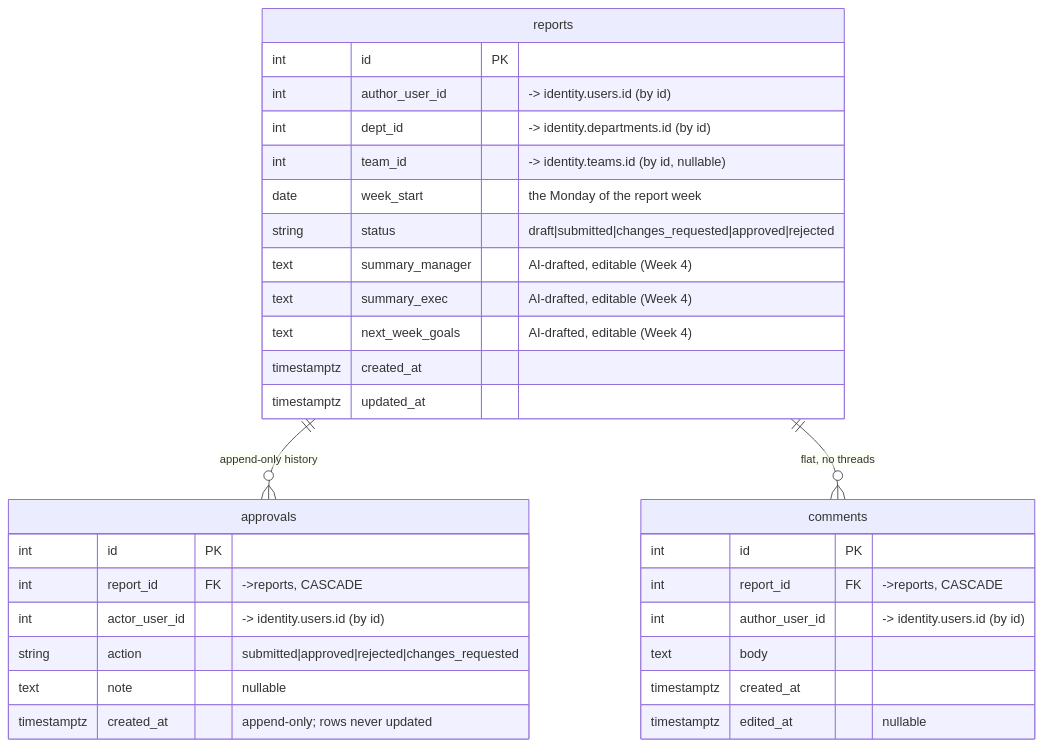
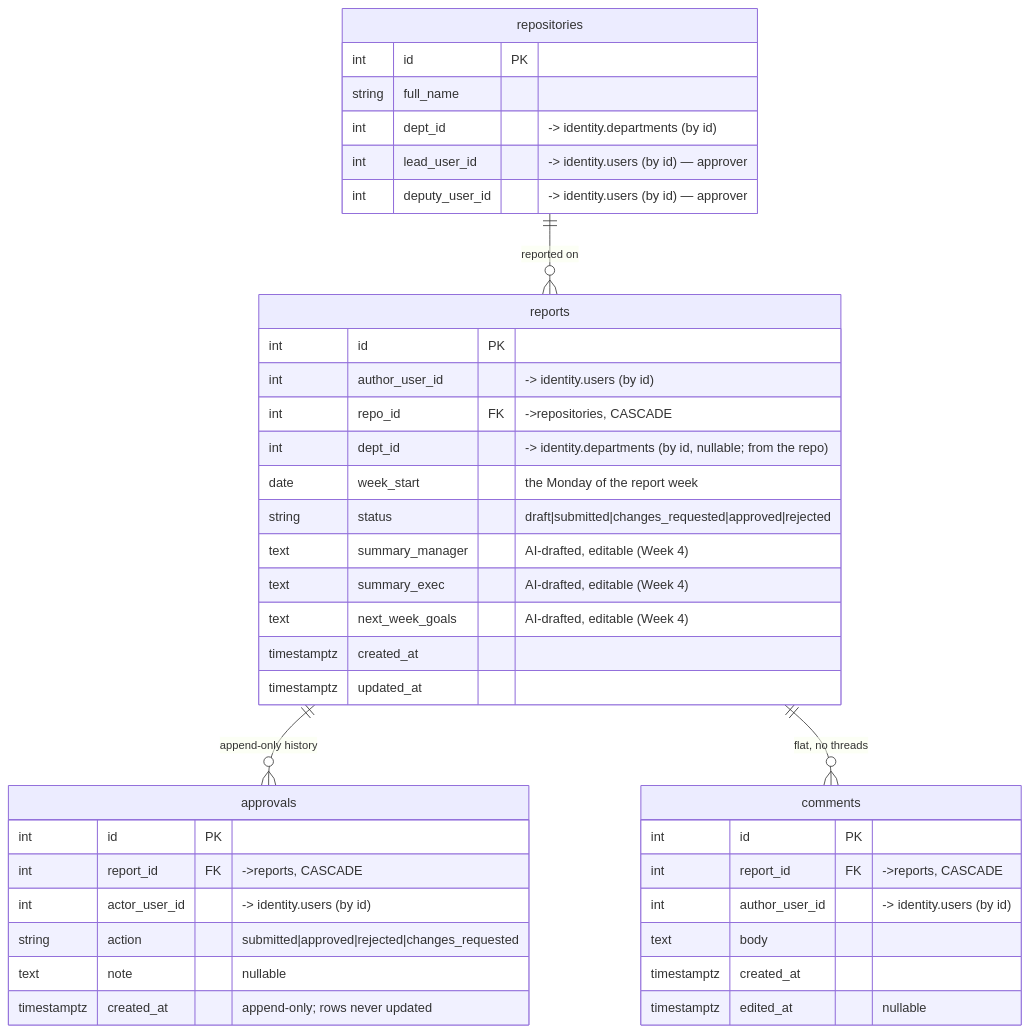
The third of 3 diagrams in docs/erd.md (Ojulari123/CC-Platforms), drawn with Mermaid before and after one commit. The commit also changed other lines of this file and 64 other files, not shown here.

````diff
--- a/docs/erd.md
+++ b/docs/erd.md
@@ -124,37 +226,43 @@
 ```mermaid
 erDiagram
+    repositories ||--o{ reports : "reported on"
     reports ||--o{ approvals : "append-only history"
     reports ||--o{ comments : "flat, no threads"
 
+    repositories {
+        int id PK
+        string full_name
+        int dept_id "-> identity.departments (by id)"
+        int lead_user_id "-> identity.users (by id) — approver"
+        int deputy_user_id "-> identity.users (by id) — approver"
+    }
     reports {
         int id PK
-        int author_user_id "-> identity.users.id (by id)"
-        int dept_id "-> identity.departments.id (by id)"
-        int team_id "-> identity.teams.id (by id, nullable)"
+        int author_user_id "-> identity.users (by id)"
+        int repo_id FK "->repositories, CASCADE"
+        int dept_id "-> identity.departments (by id, nullable; from the repo)"
         date week_start "the Monday of the report week"
         string status "draft|submitted|changes_requested|approved|rejected"
         text summary_manager "AI-drafted, editable (Week 4)"
         text summary_exec "AI-drafted, editable (Week 4)"
         text next_week_goals "AI-drafted, editable (Week 4)"
         timestamptz created_at
         timestamptz updated_at
     }
-
     approvals {
         int id PK
         int report_id FK "->reports, CASCADE"
-        int actor_user_id "-> identity.users.id (by id)"
+        int actor_user_id "-> identity.users (by id)"
         string action "submitted|approved|rejected|changes_requested"
         text note "nullable"
         timestamptz created_at "append-only; rows never updated"
     }
-
     comments {
         int id PK
         int report_id FK "->reports, CASCADE"
-        int author_user_id "-> identity.users.id (by id)"
+        int author_user_id "-> identity.users (by id)"
         text body
         timestamptz created_at
         timestamptz edited_at "nullable"
     }
 ```
````
